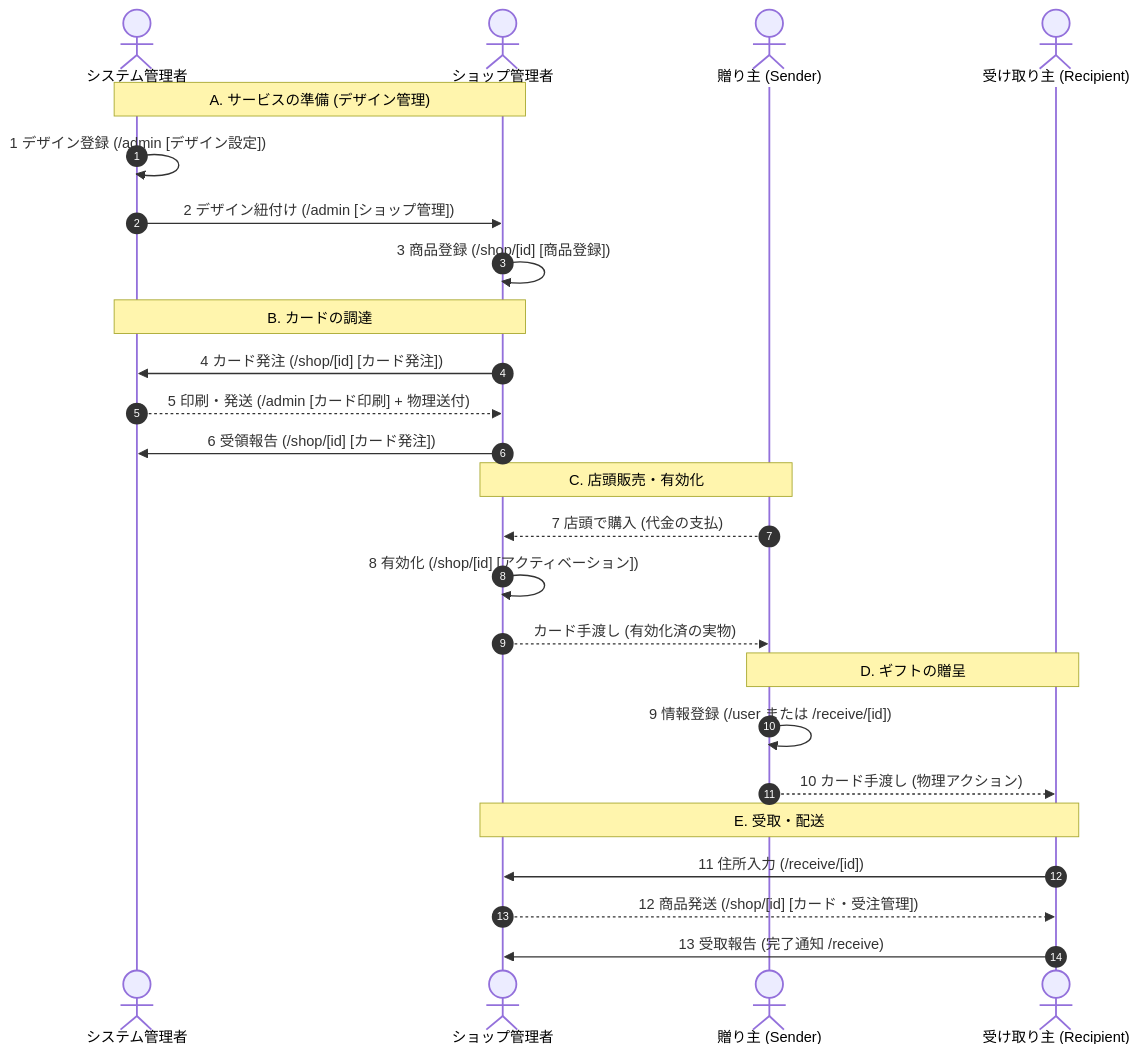
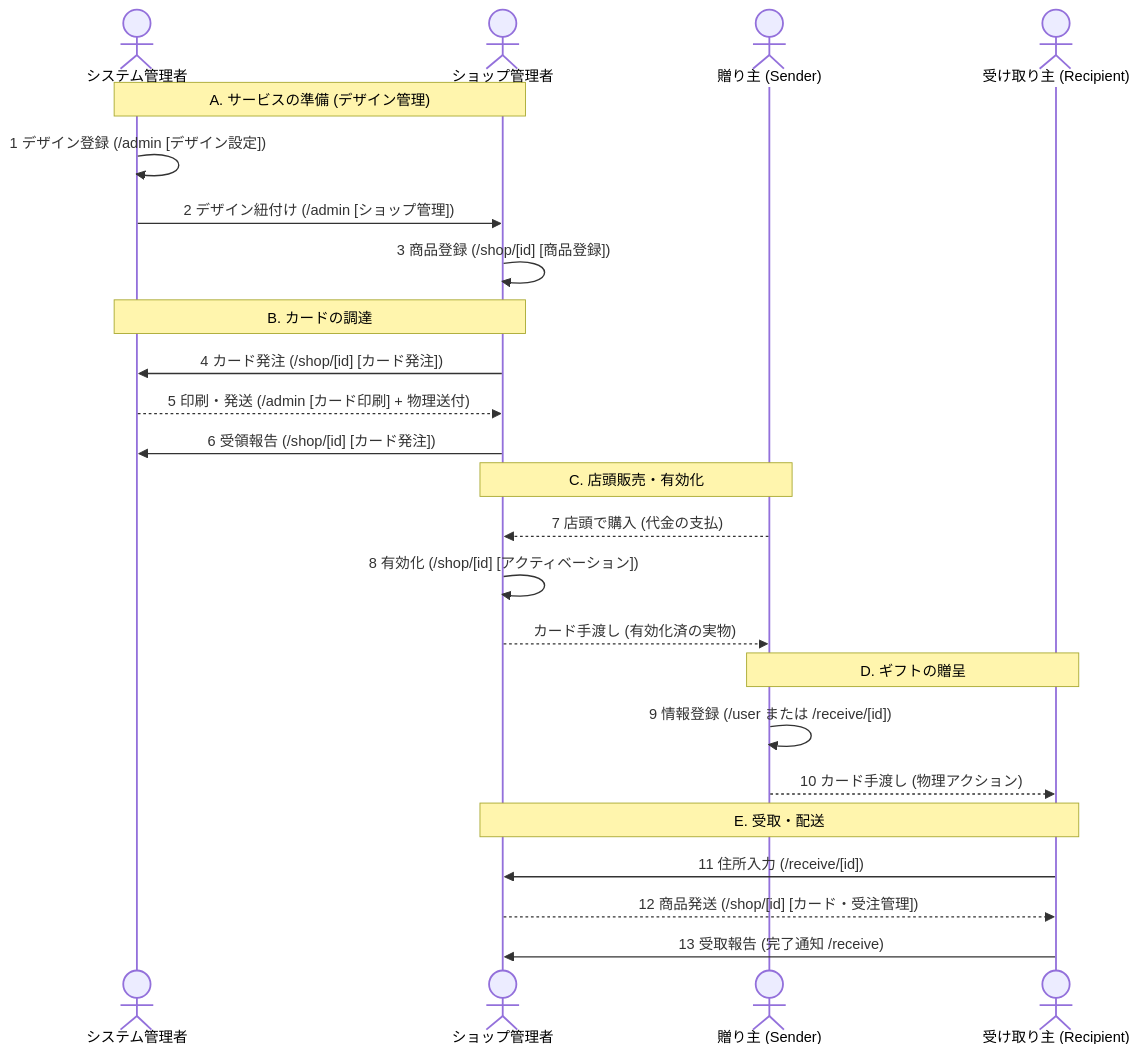
Before and after one commit to yudaiito9124-cyber/meishigawarini: the diagram in frontend/content/help/ja/shop/flow/index.md, drawn with Mermaid. The commit also changed other lines of this file and 34 other files, not shown here.

````diff
--- a/frontend/content/help/ja/shop/flow/index.md
+++ b/frontend/content/help/ja/shop/flow/index.md
@@ -15,32 +15,31 @@
 ```mermaid
 sequenceDiagram
-    autonumber
     actor SA as システム管理者
     actor SO as ショップ管理者
     actor SD as 贈り主 (Sender)
     actor RC as 受け取り主 (Recipient)
 
     Note over SA, SO: A. サービスの準備 (デザイン管理)
     SA->>SA: 1 デザイン登録 (/admin [デザイン設定])
     SA->>SO: 2 デザイン紐付け (/admin [ショップ管理])
     SO->>SO: 3 商品登録 (/shop/[id] [商品登録])
 
     Note over SO, SA: B. カードの調達
     SO->>SA: 4 カード発注 (/shop/[id] [カード発注])
     SA-->>SO: 5 印刷・発送 (/admin [カード印刷] + 物理送付)
     SO->>SA: 6 受領報告 (/shop/[id] [カード発注])
 
     Note over SO, SD: C. 店頭販売・有効化
     SD-->>SO: 7 店頭で購入 (代金の支払)
     SO->>SO: 8 有効化 (/shop/[id] [アクティベーション])
     SO-->>SD: カード手渡し (有効化済の実物)
 
     Note over SD, RC: D. ギフトの贈呈
     SD->>SD: 9 情報登録 (/user または /receive/[id])
     SD-->>RC: 10 カード手渡し (物理アクション)
 
     Note over RC, SO: E. 受取・配送
     RC->>SO: 11 住所入力 (/receive/[id])
     SO-->>RC: 12 商品発送 (/shop/[id] [カード・受注管理])
     RC->>SO: 13 受取報告 (完了通知 /receive)
 ```
````
